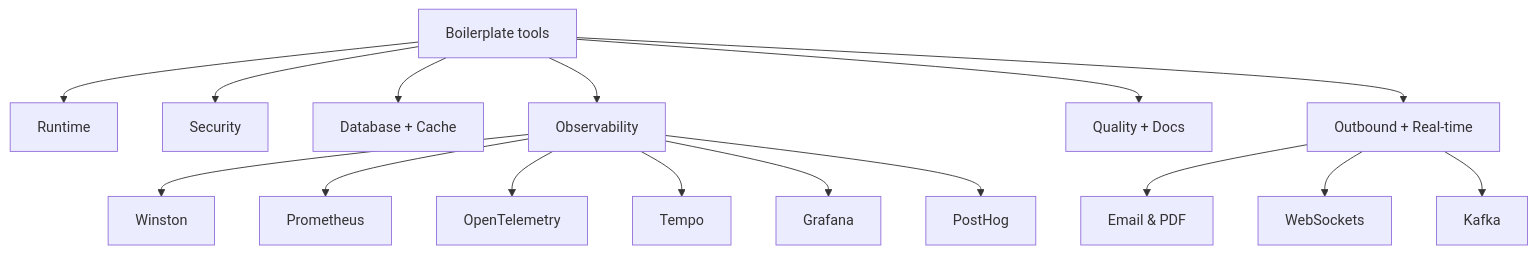
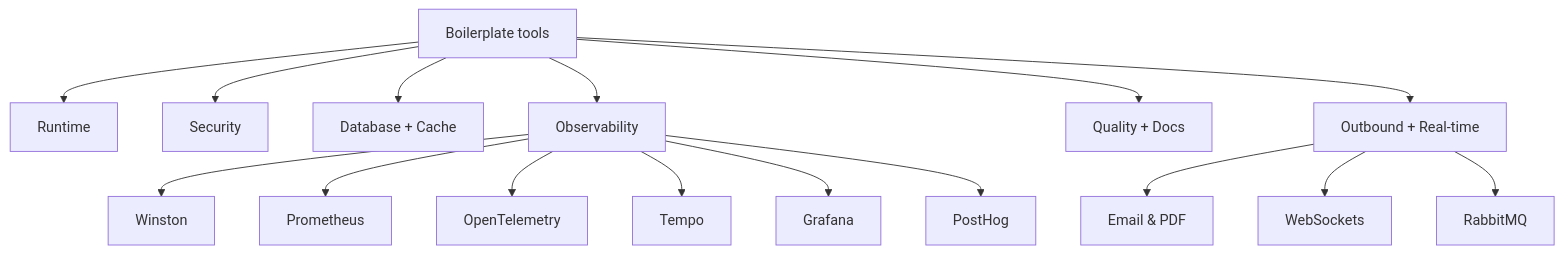
Before and after one commit to Guebbit/boilerplate-node-backend: the diagram in docs/tools/index.md, drawn with Mermaid. The commit also changed other lines of this file and 19 other files, not shown here.

````diff
--- a/docs/tools/index.md
+++ b/docs/tools/index.md
@@ -9,20 +9,20 @@
 ```mermaid
 flowchart TD
     A[Boilerplate tools] --> B[Runtime]
     A --> C[Security]
     A --> D[Database + Cache]
     A --> E[Observability]
     A --> F[Quality + Docs]
     A --> G[Outbound + Real-time]
 
     E --> E1[Winston]
     E --> E2[Prometheus]
     E --> E3[OpenTelemetry]
     E --> E4[Tempo]
     E --> E5[Grafana]
     E --> E6[PostHog]
 
     G --> G1[Email & PDF]
     G --> G2[WebSockets]
-    G --> G3[Kafka]
+    G --> G3[RabbitMQ]
 ```
````
